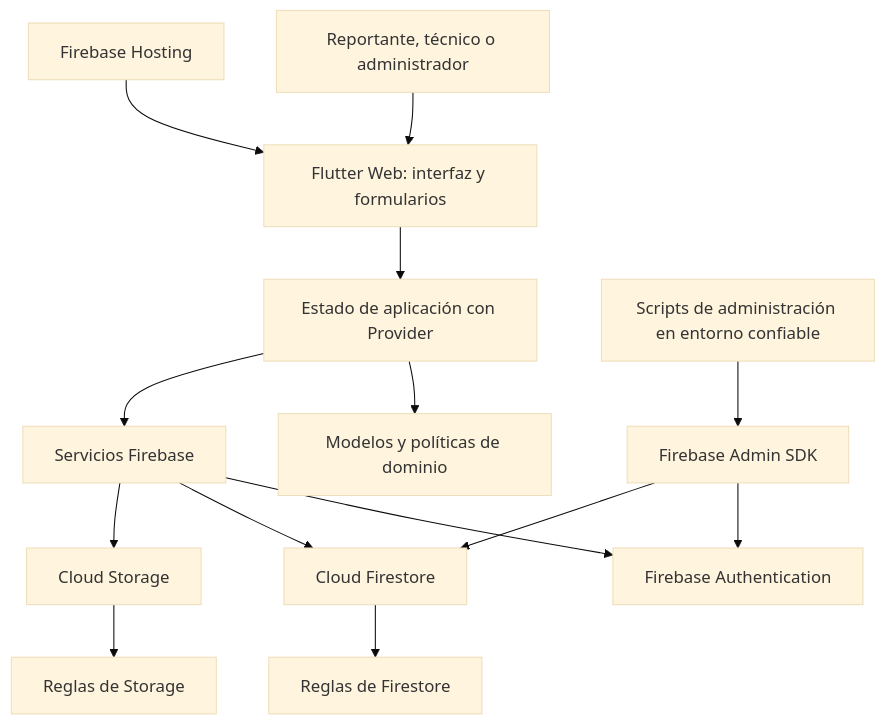
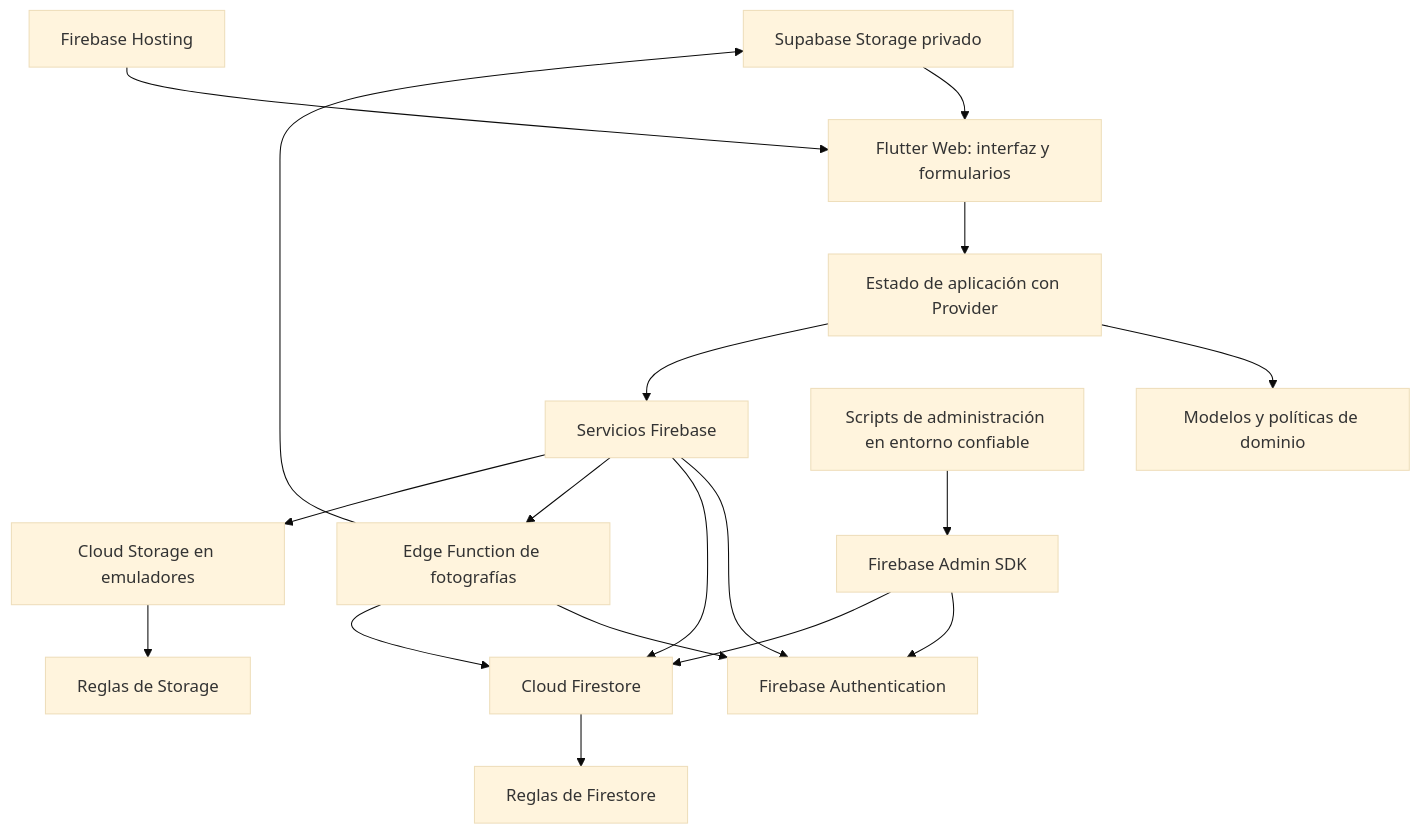
One commit to Triaxisjavapoo/campusfix changed the first of 2 diagrams in docs/ARQUITECTURA.md. Above: the diagram before and after it, drawn with Mermaid (base theme). The commit also changed other lines of this file and 30 other files, not shown here.

````diff
--- a/docs/ARQUITECTURA.md
+++ b/docs/ARQUITECTURA.md
@@ -7,16 +7,20 @@
 ```mermaid
 flowchart TD
   P[Reportante, técnico o administrador] --> UI[Flutter Web: interfaz y formularios]
   UI --> S[Estado de aplicación con Provider]
   S --> D[Modelos y políticas de dominio]
   S --> R[Servicios Firebase]
   R --> A[Firebase Authentication]
   R --> F[Cloud Firestore]
-  R --> B[Cloud Storage]
+  R --> E[Edge Function de fotografías]
+  E --> A
+  E --> F
+  E --> P[Supabase Storage privado]
+  R --> B[Cloud Storage en emuladores]
   F --> RF[Reglas de Firestore]
   B --> RB[Reglas de Storage]
   H[Firebase Hosting] --> UI
   T[Scripts de administración en entorno confiable] --> ADM[Firebase Admin SDK]
   ADM --> A
   ADM --> F
 ```
````
